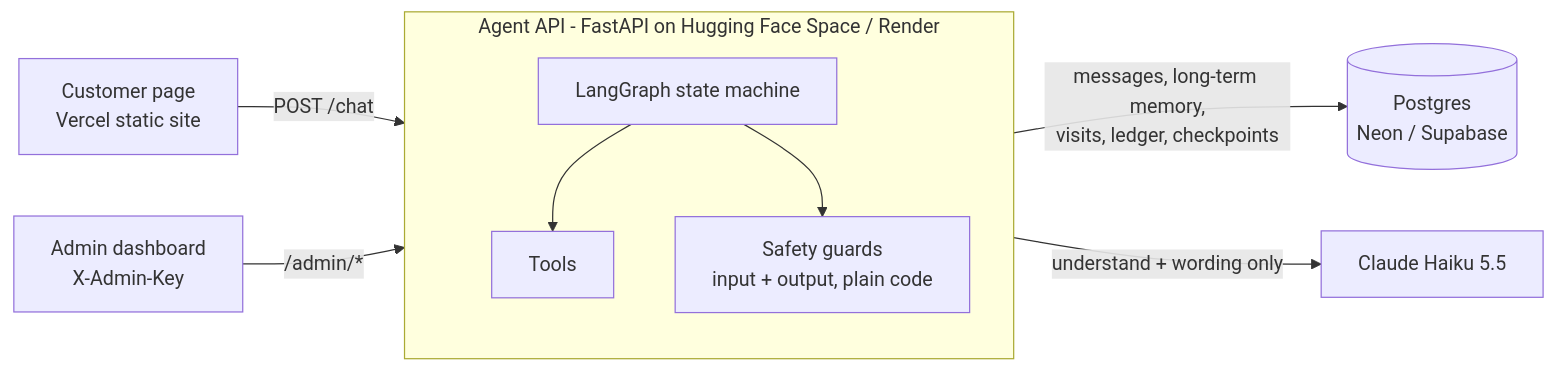
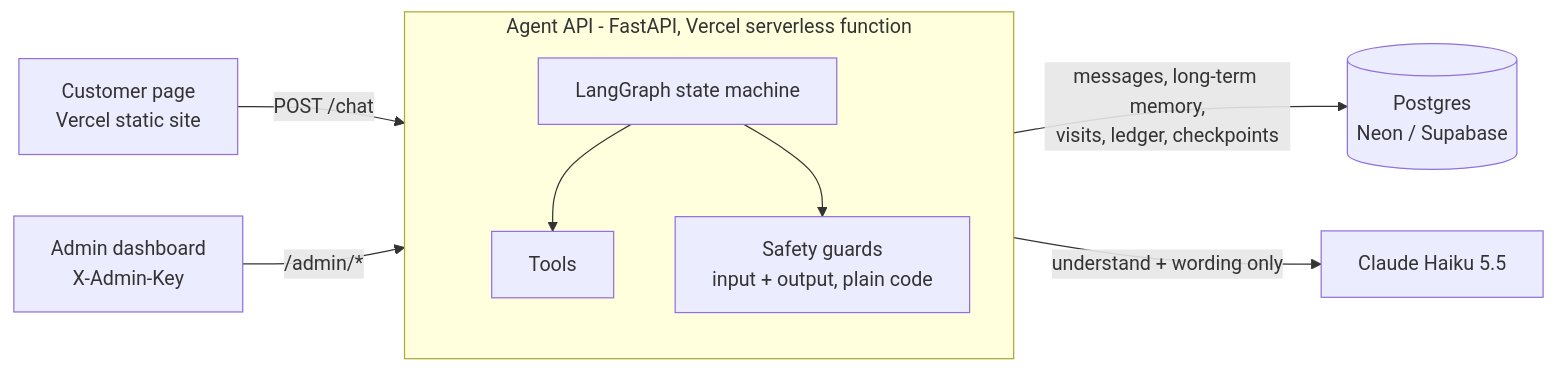
One commit to fastiantaha23/dead-closer changed the first of 2 diagrams in README.md. Above: the diagram before and after it, drawn with Mermaid. The commit also changed other lines of this file and 10 other files, not shown here.

First line of the commit message:
Deploy on Vercel: serverless agent API + website, Postgres pool, Claude as fallback parser

````diff
--- a/README.md
+++ b/README.md
@@ -32,12 +33,12 @@
 ```mermaid
 flowchart LR
   U[Customer page<br/>Vercel static site] -->|POST /chat| API
   A[Admin dashboard<br/>X-Admin-Key] -->|/admin/*| API
-  subgraph API[Agent API - FastAPI on Hugging Face Space / Render]
+  subgraph API[Agent API - FastAPI, Vercel serverless function]
     direction TB
     G[LangGraph state machine] --> T[Tools]
     G --> S[Safety guards<br/>input + output, plain code]
   end
   API -->|messages, long-term memory,<br/>visits, ledger, checkpoints| PG[(Postgres<br/>Neon / Supabase)]
   API -->|understand + wording only| C[Claude Haiku 5.5]
 ```
````
